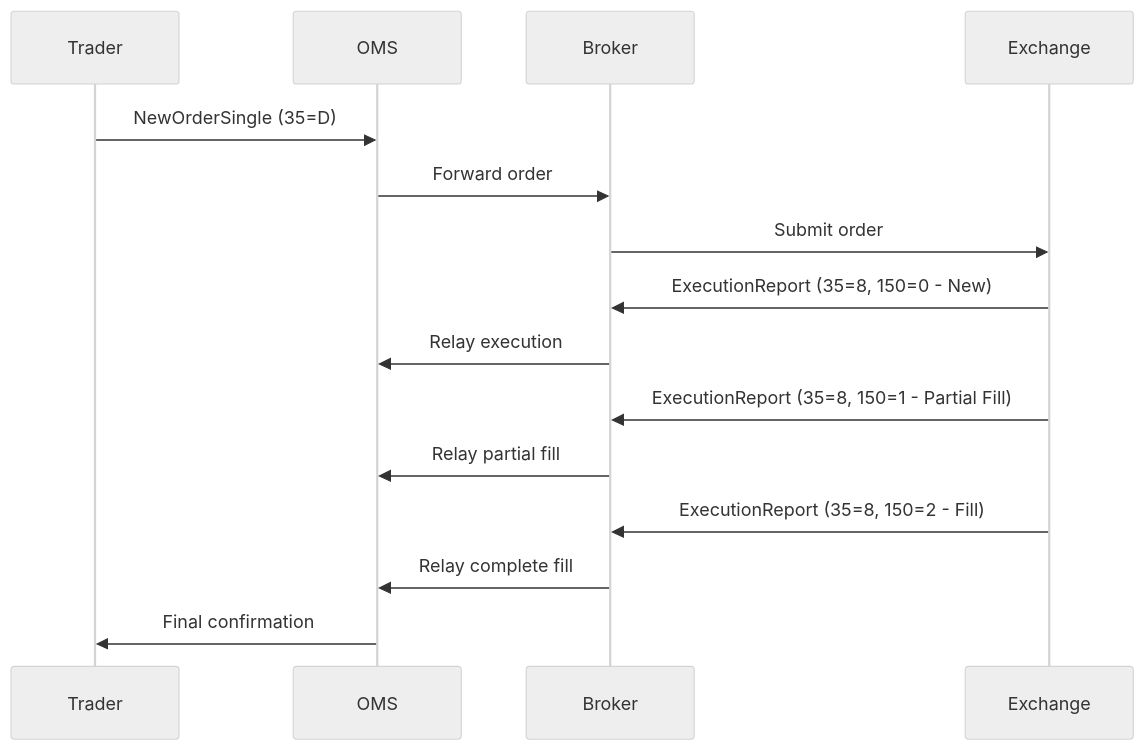
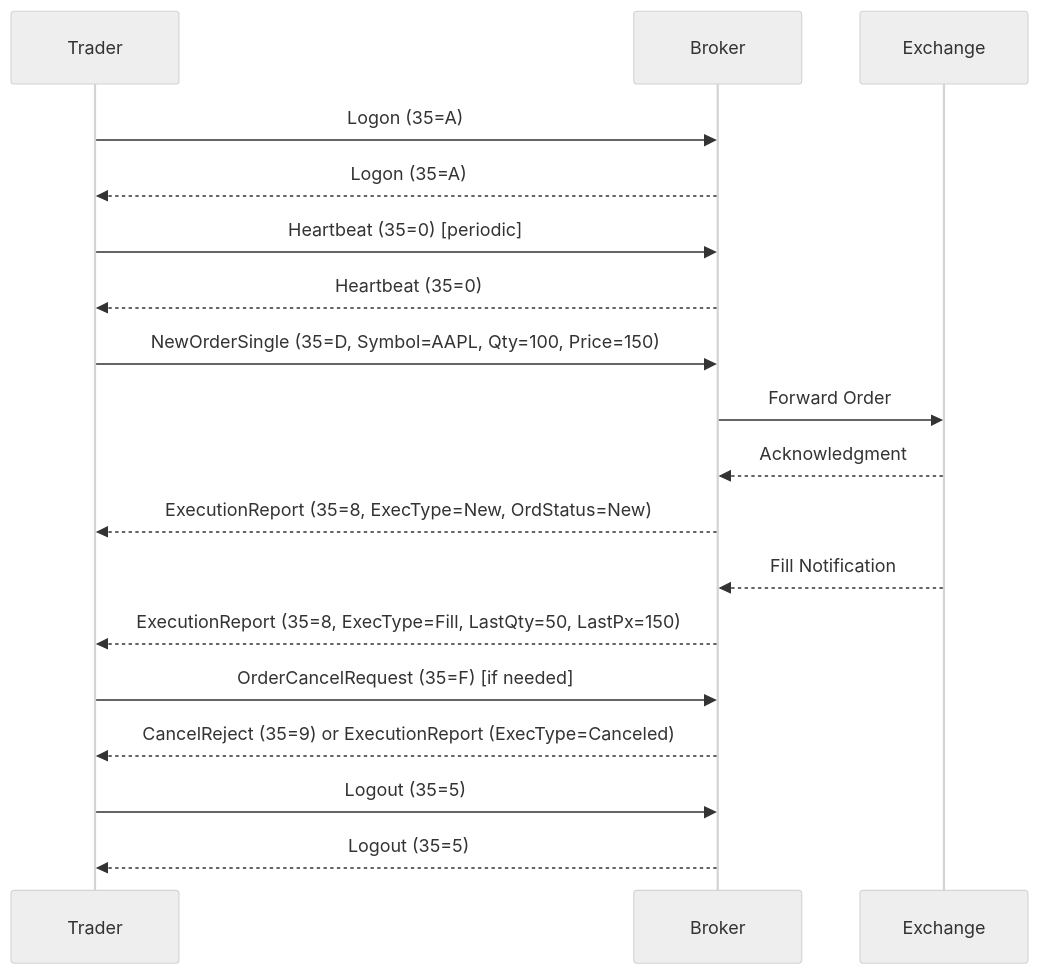
The diagram in protocols/fix-protocol/README.md (VrushankPatel/interview-matters), drawn with Mermaid (neutral theme) before and after one commit. The commit also changed other lines of this file and 30 other files, not shown here.

````diff
--- a/protocols/fix-protocol/README.md
+++ b/protocols/fix-protocol/README.md
@@ -74,18 +94,21 @@
 ```mermaid
 sequenceDiagram
-    participant Trader
-    participant OMS
-    participant Broker
-    participant Exchange
+    participant T as Trader
+    participant B as Broker
+    participant E as Exchange
 
-    Trader->>OMS: NewOrderSingle (35=D)
-    OMS->>Broker: Forward order
-    Broker->>Exchange: Submit order
-    Exchange->>Broker: ExecutionReport (35=8, 150=0 - New)
-    Broker->>OMS: Relay execution
-    Exchange->>Broker: ExecutionReport (35=8, 150=1 - Partial Fill)
-    Broker->>OMS: Relay partial fill
-    Exchange->>Broker: ExecutionReport (35=8, 150=2 - Fill)
-    Broker->>OMS: Relay complete fill
-    OMS->>Trader: Final confirmation
+    T->>B: Logon (35=A)
+    B-->>T: Logon (35=A)
+    T->>B: Heartbeat (35=0) [periodic]
+    B-->>T: Heartbeat (35=0)
+    T->>B: NewOrderSingle (35=D, Symbol=AAPL, Qty=100, Price=150)
+    B->>E: Forward Order
+    E-->>B: Acknowledgment
+    B-->>T: ExecutionReport (35=8, ExecType=New, OrdStatus=New)
+    E-->>B: Fill Notification
+    B-->>T: ExecutionReport (35=8, ExecType=Fill, LastQty=50, LastPx=150)
+    T->>B: OrderCancelRequest (35=F) [if needed]
+    B-->>T: CancelReject (35=9) or ExecutionReport (ExecType=Canceled)
+    T->>B: Logout (35=5)
+    B-->>T: Logout (35=5)
 ```
````
